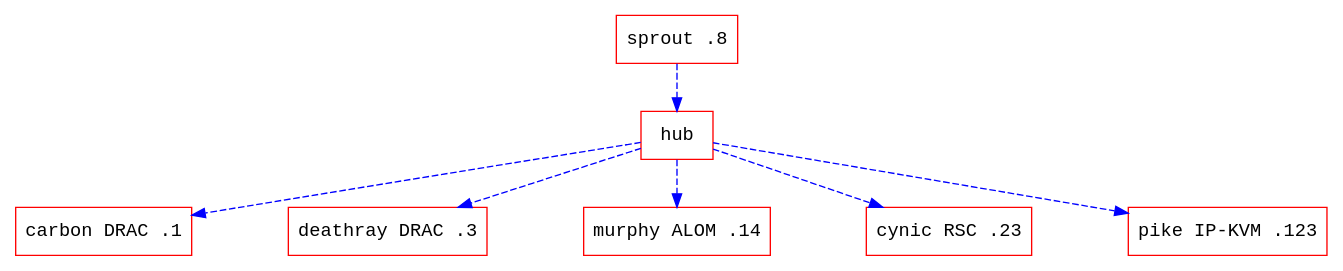
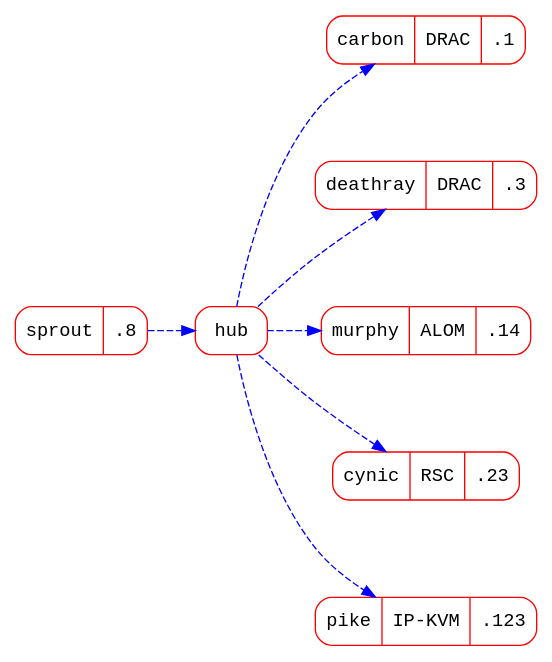
One commit to redbrick/docs-old changed the diagram in docs/procedures/dracaccess.md. Above: the diagram before and after it, drawn with Graphviz. The commit also changed 1 other file, not shown here.

Commit message:
make drac LR

````diff
--- a/docs/procedures/dracaccess.md
+++ b/docs/procedures/dracaccess.md
@@ -29,15 +29,16 @@
 ```graphviz
-  digraph hierarchy {
+  digraph DRAC {
     nodesep=1.0
-    node [color=Red,fontname=Courier,shape=box]
+    rankdir=LR
+    node [color=Red,fontname=Courier,shape=Mrecord]
     edge [color=Blue, style=dashed]
-    sprout [label="sprout .8"]
-    carbon [label="carbon DRAC .1"]
-    deathray [label="deathray DRAC .3"]
-    murphy [label="murphy ALOM .14"]
-    cynic [label="cynic RSC .23"]
-    pike [label="pike IP-KVM .123"]
+    sprout [label="{sprout|.8}"]
+    carbon [label="{carbon | DRAC | .1}"]
+    deathray [label="{deathray | DRAC | .3}"]
+    murphy [label="{murphy | ALOM | .14}"]
+    cynic [label="{cynic | RSC | .23}"]
+    pike [label="{pike | IP-KVM | .123}"]
     sprout->hub
     hub->{carbon deathray murphy cynic pike}
   }
 ```
````
